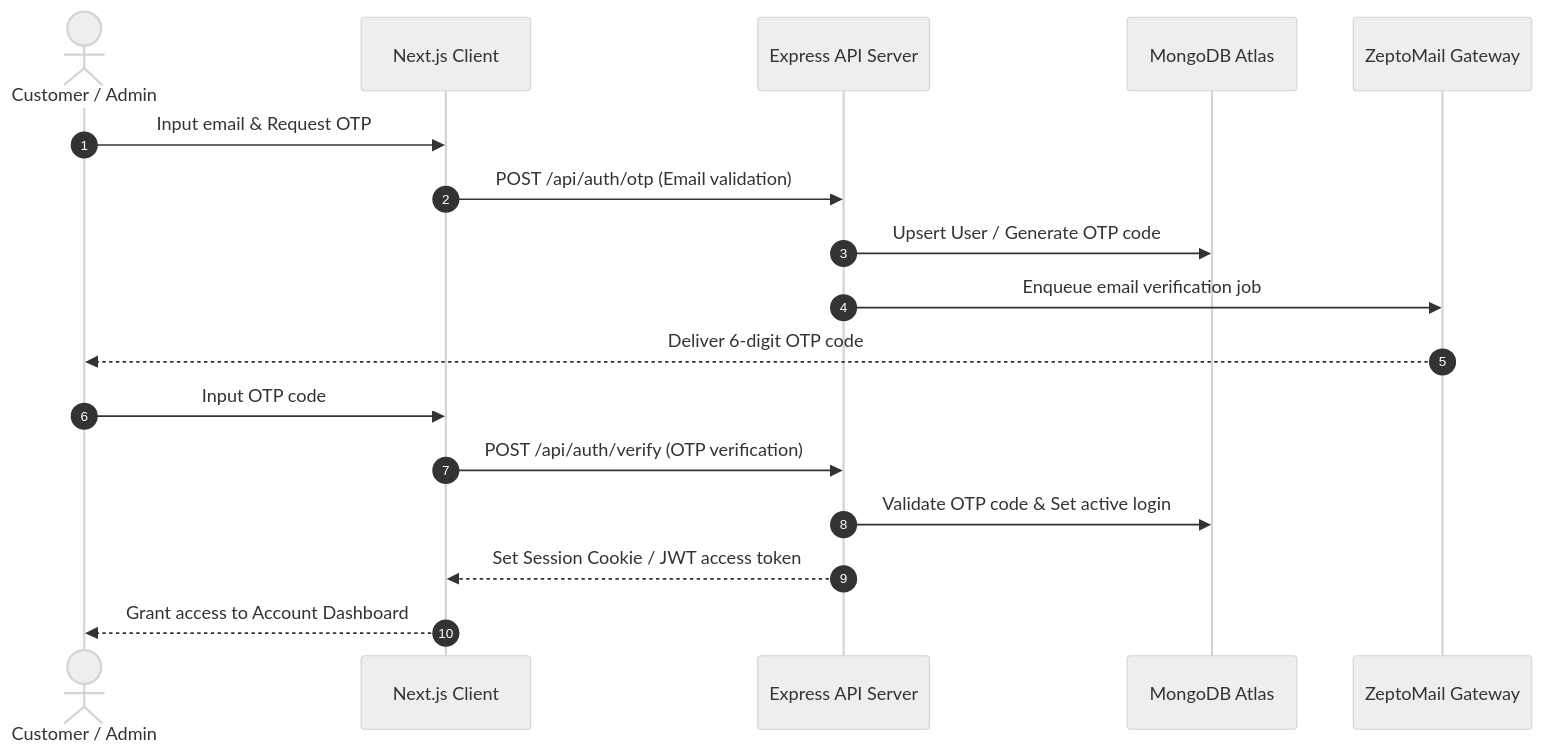
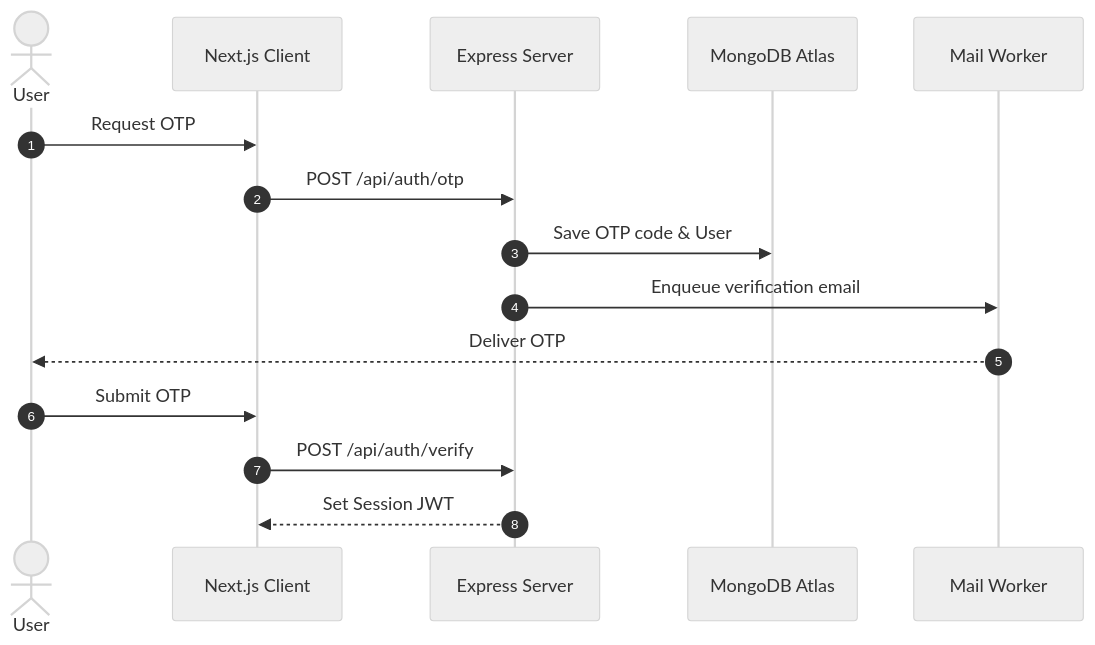
Before and after one commit to adminmadusa/MAD-Entertrainment: the second of 2 diagrams in ARCHITECTURE.md, drawn with Mermaid (neutral theme). The commit also changed other lines of this file, not shown here.

First line of the commit message:
docs(architecture): refine ARCHITECTURE.md to enterprise SSOT standard

````diff
--- a/ARCHITECTURE.md
+++ b/ARCHITECTURE.md
@@ -157,20 +135,18 @@
 ```mermaid
 sequenceDiagram
   autonumber
-  actor User as Customer / Admin
+  actor User
   participant App as Next.js Client
-  participant Server as Express API Server
+  participant Server as Express Server
   participant DB as MongoDB Atlas
-  participant SMTP as ZeptoMail Gateway
+  participant SMTP as Mail Worker
 
-  User->>App: Input email & Request OTP
-  App->>Server: POST /api/auth/otp (Email validation)
-  Server->>DB: Upsert User / Generate OTP code
-  Server->>SMTP: Enqueue email verification job
-  SMTP-->>User: Deliver 6-digit OTP code
-  User->>App: Input OTP code
-  App->>Server: POST /api/auth/verify (OTP verification)
-  Server->>DB: Validate OTP code & Set active login
-  Server-->>App: Set Session Cookie / JWT access token
-  App-->>User: Grant access to Account Dashboard
+  User->>App: Request OTP
+  App->>Server: POST /api/auth/otp
+  Server->>DB: Save OTP code & User
+  Server->>SMTP: Enqueue verification email
+  SMTP-->>User: Deliver OTP
+  User->>App: Submit OTP
+  App->>Server: POST /api/auth/verify
+  Server-->>App: Set Session JWT
 ```
````
